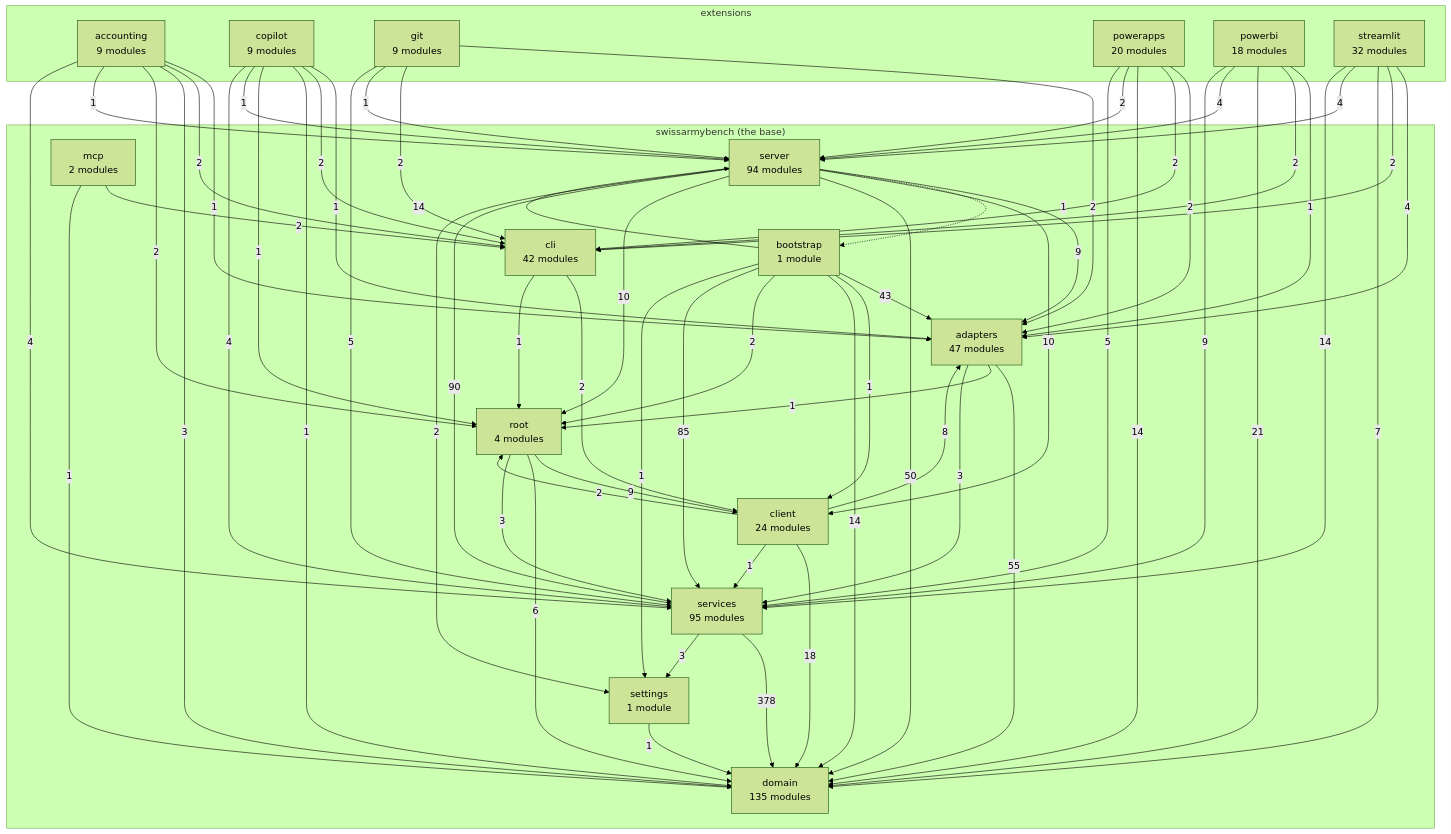
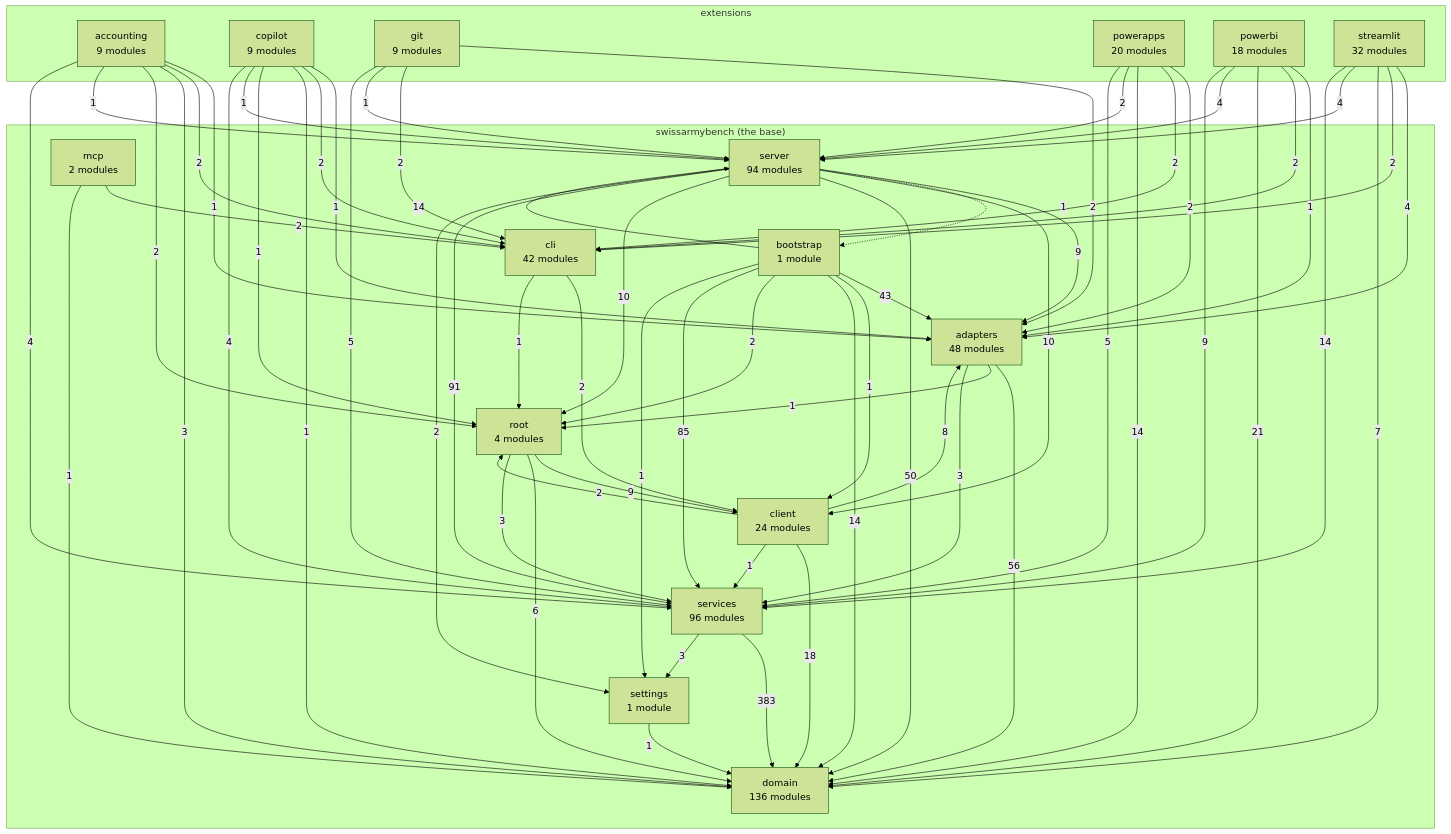
The diagram in docs/architecture-map.md (DylanCodyBrown/SwissArmyBench), drawn with Mermaid (forest theme) before and after one commit. The commit also changed other lines of this file and 16 other files, not shown here.

````diff
--- a/docs/architecture-map.md
+++ b/docs/architecture-map.md
@@ -17,10 +17,10 @@
 ```mermaid
 flowchart TB
     subgraph base["swissarmybench (the base)"]
-        domain["domain<br/>135 modules"]
+        domain["domain<br/>136 modules"]
         settings["settings<br/>1 module"]
-        services["services<br/>95 modules"]
-        adapters["adapters<br/>47 modules"]
+        services["services<br/>96 modules"]
+        adapters["adapters<br/>48 modules"]
         cli["cli<br/>42 modules"]
         client["client<br/>24 modules"]
         root["root<br/>4 modules"]
@@ -36,7 +36,7 @@
         ext_powerbi["powerbi<br/>18 modules"]
         ext_streamlit["streamlit<br/>32 modules"]
     end
-    adapters -->|55| domain
+    adapters -->|56| domain
     adapters -->|1| root
     adapters -->|3| services
     bootstrap -->|43| adapters
@@ -93,9 +93,9 @@
     server -->|10| client
     server -->|50| domain
     server -->|10| root
-    server -->|90| services
+    server -->|91| services
     server -->|2| settings
-    services -->|378| domain
+    services -->|383| domain
     services -->|3| settings
     settings -->|1| domain
 ```
````
